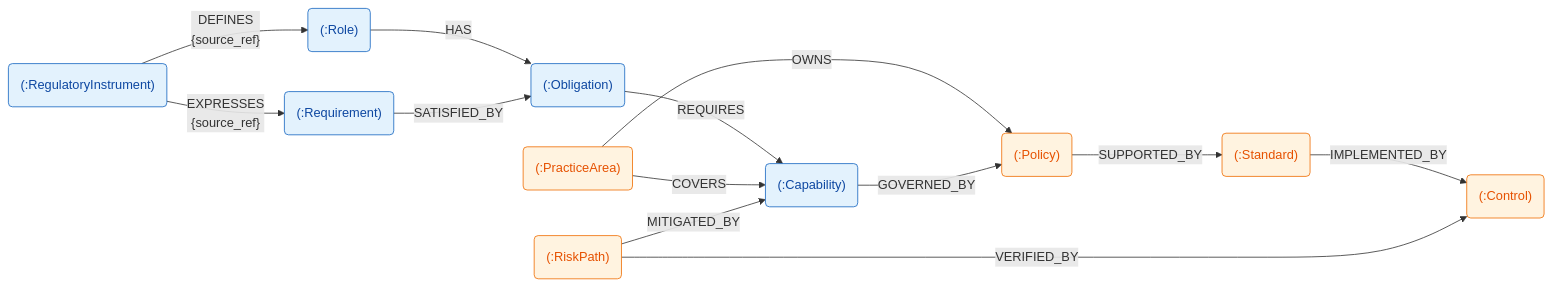
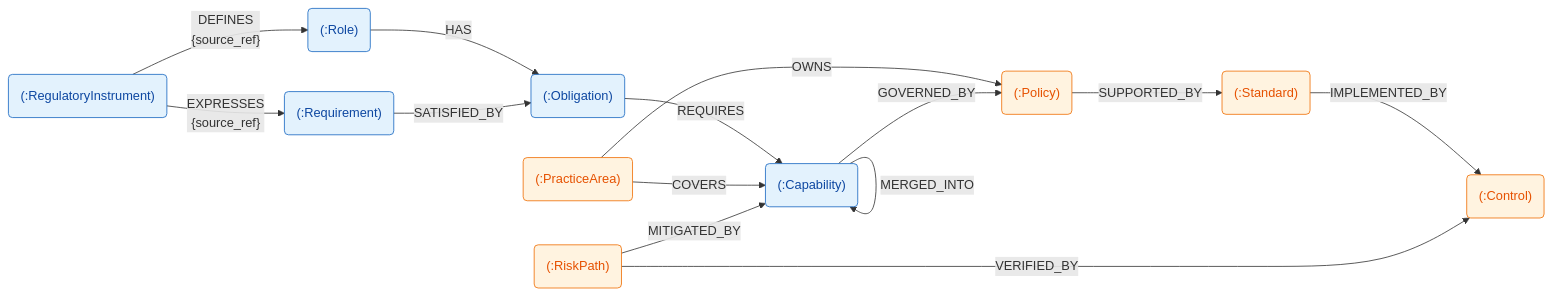
Before and after one commit to mindovermachine-dev/policy-system: the first of 4 diagrams in ps-service/src/ps_service/mcp_interface/ps-domain-concepts.md, drawn with Mermaid. The commit also changed other lines of this file and 132 other files, not shown here.

First line of the commit message:
feat(ps-service/ps-skills): add Compliance Officer graph cleanup skill to merge duplicates - resolves #190

````diff
--- a/ps-service/src/ps_service/mcp_interface/ps-domain-concepts.md
+++ b/ps-service/src/ps_service/mcp_interface/ps-domain-concepts.md
@@ -71,31 +71,32 @@
 ```mermaid
 graph LR
     RegulatoryInstrument("(:RegulatoryInstrument)")
     Role("(:Role)")
     Requirement("(:Requirement)")
     Obligation("(:Obligation)")
     PracticeArea("(:PracticeArea)")
     RiskPath("(:RiskPath)")
     Capability("(:Capability)")
     Policy("(:Policy)")
     Standard("(:Standard)")
     Control("(:Control)")
 
     RegulatoryInstrument -->|"DEFINES<br/>{source_ref}"| Role
     RegulatoryInstrument -->|"EXPRESSES<br/>{source_ref}"| Requirement
     Role -->|"HAS"| Obligation
     Requirement -->|"SATISFIED_BY"| Obligation
     Obligation -->|"REQUIRES"| Capability
     PracticeArea -->|"COVERS"| Capability
     PracticeArea -->|"OWNS"| Policy
     RiskPath -->|"MITIGATED_BY"| Capability
     Capability -->|"GOVERNED_BY"| Policy
+    Capability -->|"MERGED_INTO"| Capability
     Policy -->|"SUPPORTED_BY"| Standard
     Standard -->|"IMPLEMENTED_BY"| Control
     RiskPath -->|"VERIFIED_BY"| Control
 
     classDef regulatory fill:#E3F2FD,stroke:#1565C0,color:#0D47A1
     classDef governance fill:#FFF3E0,stroke:#EF6C00,color:#E65100
     class RegulatoryInstrument,Role,Requirement,Obligation,Capability regulatory
     class Policy,Standard,Control,PracticeArea,RiskPath governance
 ```
````
